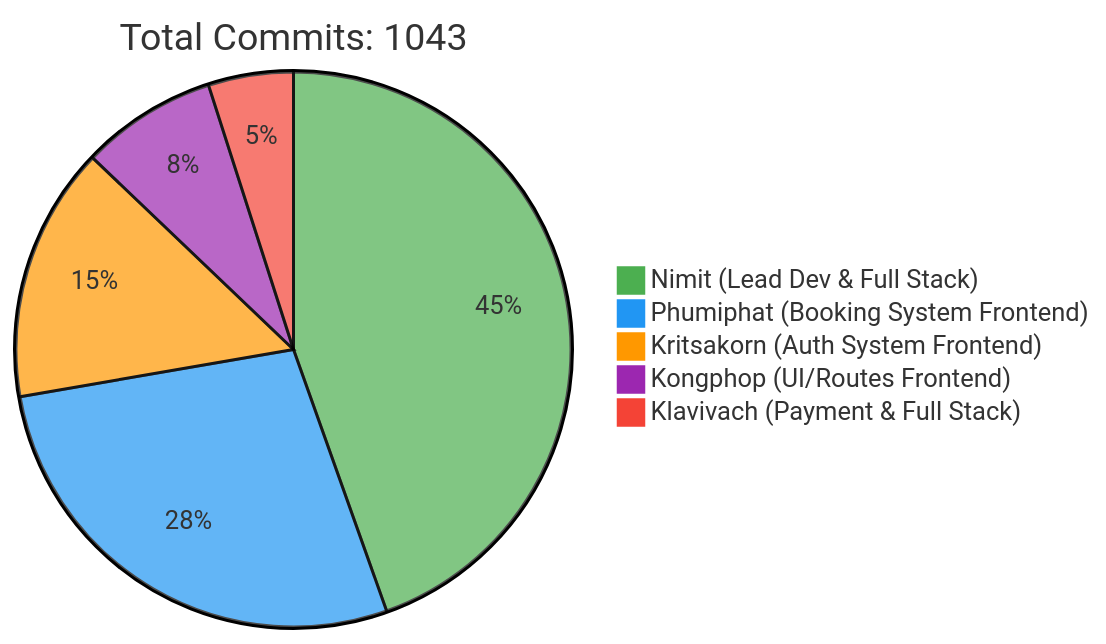
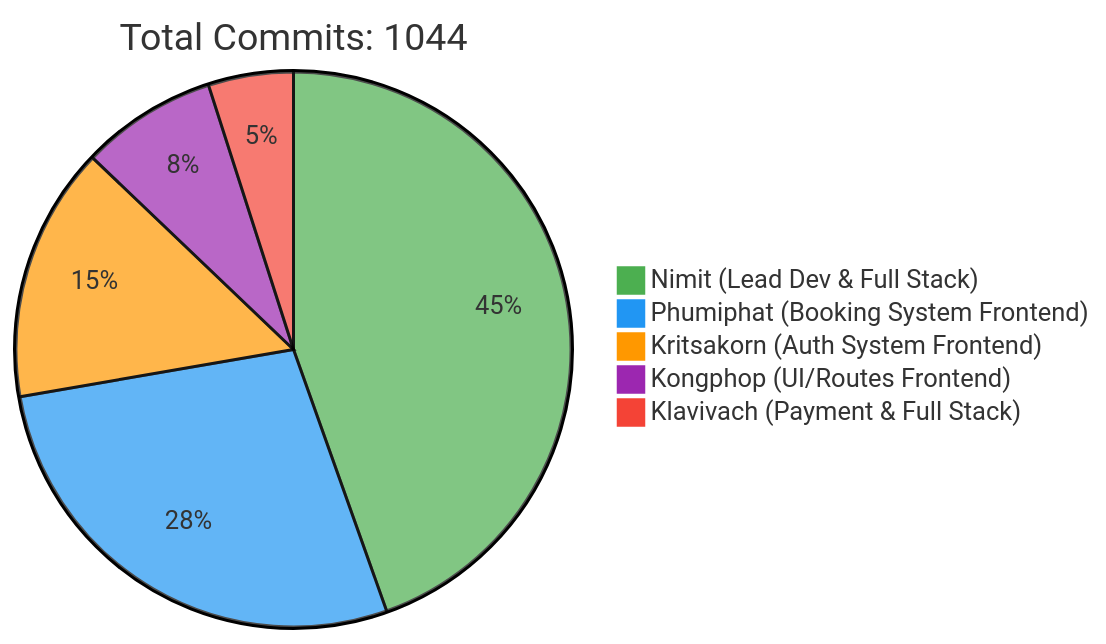
One commit to 6531503042/Sport-Complex changed the first of 2 diagrams in README.md. Above: the diagram before and after it, drawn with Mermaid. The commit also changed other lines of this file, not shown here.

Commit message:
docs: Update contributor statistics [skip ci]

````diff
--- a/README.md
+++ b/README.md
@@ -240,10 +240,10 @@
 ```mermaid
 %%{init: {'theme': 'base', 'themeVariables': { 'pie1': '#4CAF50', 'pie2': '#2196F3', 'pie3': '#FF9800', 'pie4': '#9C27B0', 'pie5': '#F44336'}}}%%
 pie
-    title Total Commits: 1043
+    title Total Commits: 1044
     "Nimit (Lead Dev & Full Stack)" : 450
     "Phumiphat (Booking System Frontend)" : 280
     "Kritsakorn (Auth System Frontend)" : 150
     "Kongphop (UI/Routes Frontend)" : 80
     "Klavivach (Payment & Full Stack)" : 50
 ```
````
